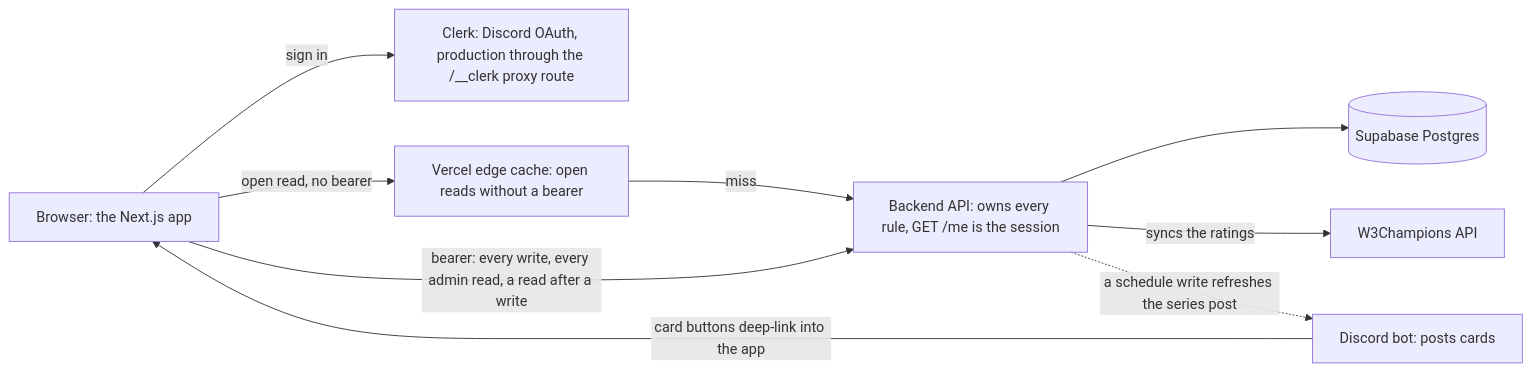
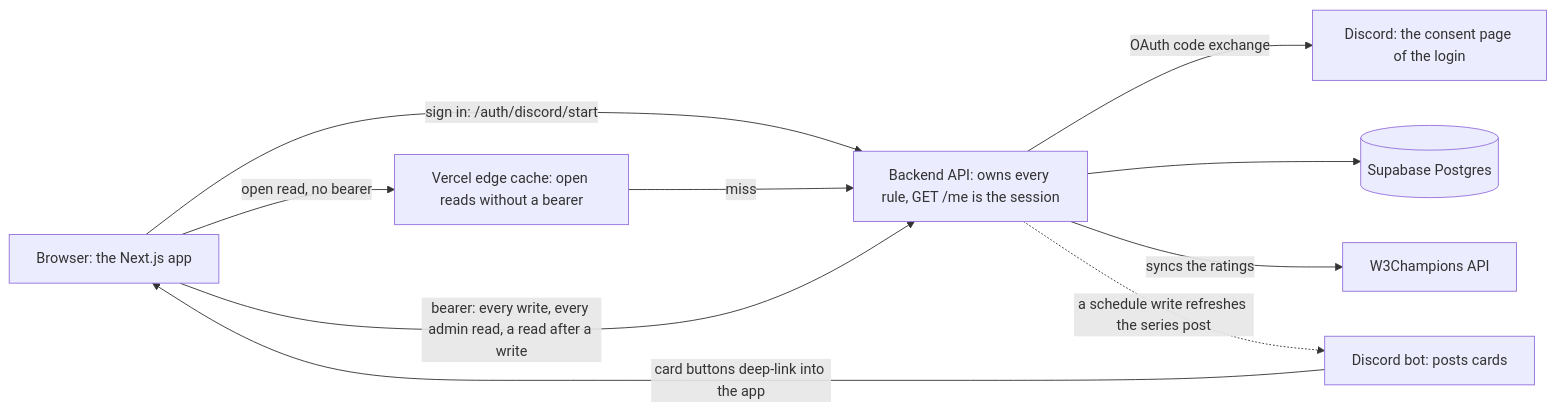
One commit to Warcraft-Gym/wc3-gym-frontend changed the diagram in docs/okf/overview.md. Above: the diagram before and after it, drawn with Mermaid. The commit also changed other lines of this file and 37 other files, not shown here.

First line of the commit message:
Sign members in with Discord through the backend and drop Clerk

````diff
--- a/docs/okf/overview.md
+++ b/docs/okf/overview.md
@@ -35,18 +35,19 @@
 ```mermaid
 flowchart LR
     browser["Browser: the Next.js app"]
-    clerk["Clerk: Discord OAuth, production through the /__clerk proxy route"]
+    discord["Discord: the consent page of the login"]
     cache["Vercel edge cache: open reads without a bearer"]
     api["Backend API: owns every rule, GET /me is the session"]
     db[("Supabase Postgres")]
     w3c["W3Champions API"]
     bot["Discord bot: posts cards"]
-    browser -->|"sign in"| clerk
+    browser -->|"sign in: /auth/discord/start"| api
+    api -->|"OAuth code exchange"| discord
     browser -->|"open read, no bearer"| cache
     cache -->|"miss"| api
     browser -->|"bearer: every write, every admin read, a read after a write"| api
     api --> db
     api -->|"syncs the ratings"| w3c
     api -.->|"a schedule write refreshes the series post"| bot
     bot -->|"card buttons deep-link into the app"| browser
 ```
````
